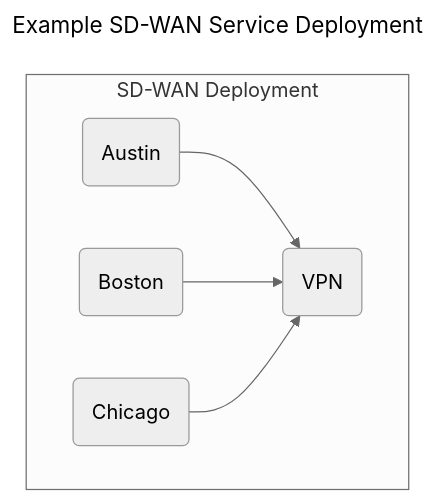
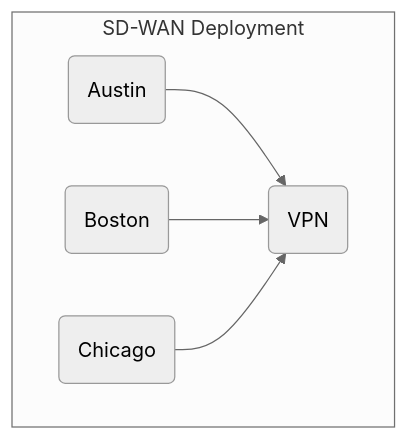
Before and after one commit to oasis-tcs/tosca-specs: the first of 9 diagrams in tosca_2_0/multiplicity.md, drawn with Mermaid (neutral theme). The commit also changed other lines of this file, not shown here.

````diff
--- a/tosca_2_0/multiplicity.md
+++ b/tosca_2_0/multiplicity.md
@@ -17,15 +17,12 @@
 ```mermaid
----
-title: Example SD-WAN Service Deployment
----
 flowchart
     SiteA(Austin)
     SiteB(Boston)
     SiteC(Chicago)
     VPN(VPN)
     subgraph W [SD-WAN Deployment]
         SiteA --> VPN
         SiteB --> VPN
         SiteC --> VPN
     end
 ```
````
